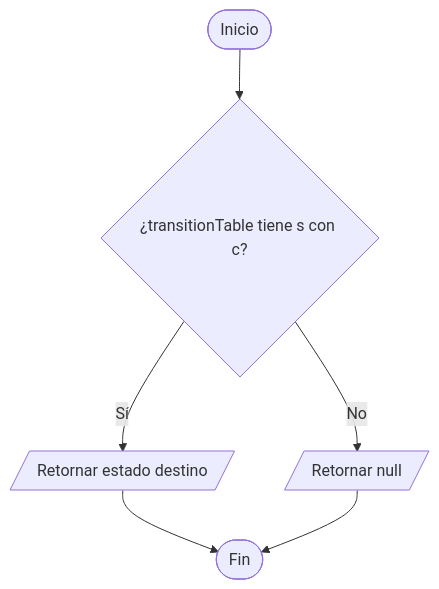
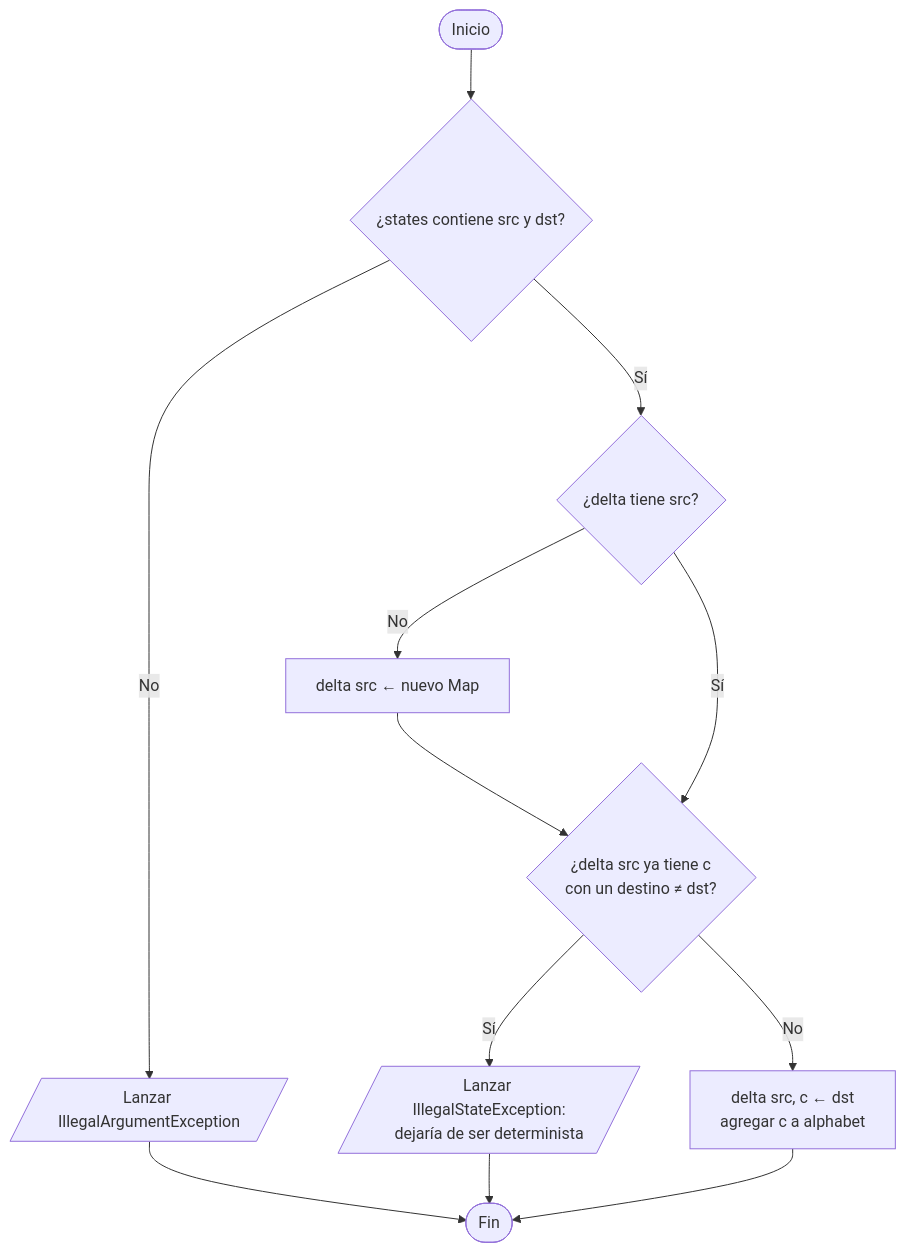
The seventh of 9 diagrams in docs/diagramas/07-modelo-automatas.md (Leosanlo30/RegEx-to-DFA-Visualizer), drawn with Mermaid before and after one commit. The commit also changed other lines of this file and 10 other files, not shown here.

Commit message:
docs: alinear diagramas de flujo con UML.md y REQUIREMENTS.md

````diff
--- a/docs/diagramas/07-modelo-automatas.md
+++ b/docs/diagramas/07-modelo-automatas.md
@@ -171,8 +100,14 @@
 ```mermaid
 flowchart TD
-    A([Inicio]) --> B{¿transitionTable tiene s con c?}
-    B -- Sí --> C[/Retornar estado destino/]
-    B -- No --> D[/Retornar null/]
-    C --> Z([Fin])
-    D --> Z
+    A([Inicio]) --> B{¿states contiene src y dst?}
+    B -- No --> ERR[/Lanzar IllegalArgumentException/]
+    B -- Sí --> C{¿delta tiene src?}
+    C -- No --> D[delta src ← nuevo Map]
+    C -- Sí --> E
+    D --> E{"¿delta src ya tiene c<br/>con un destino ≠ dst?"}
+    E -- Sí --> ERR2[/Lanzar IllegalStateException:<br/>dejaría de ser determinista/]
+    E -- No --> F[delta src, c ← dst<br/>agregar c a alphabet]
+    F --> Z([Fin])
+    ERR --> Z
+    ERR2 --> Z
 ```
````
